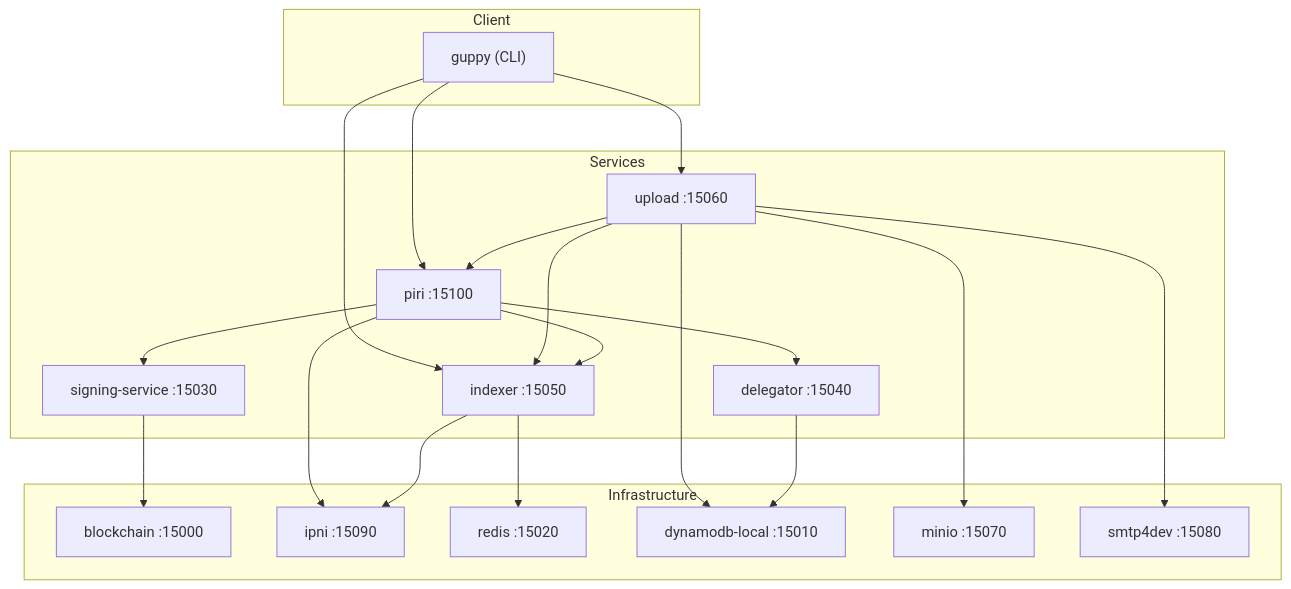
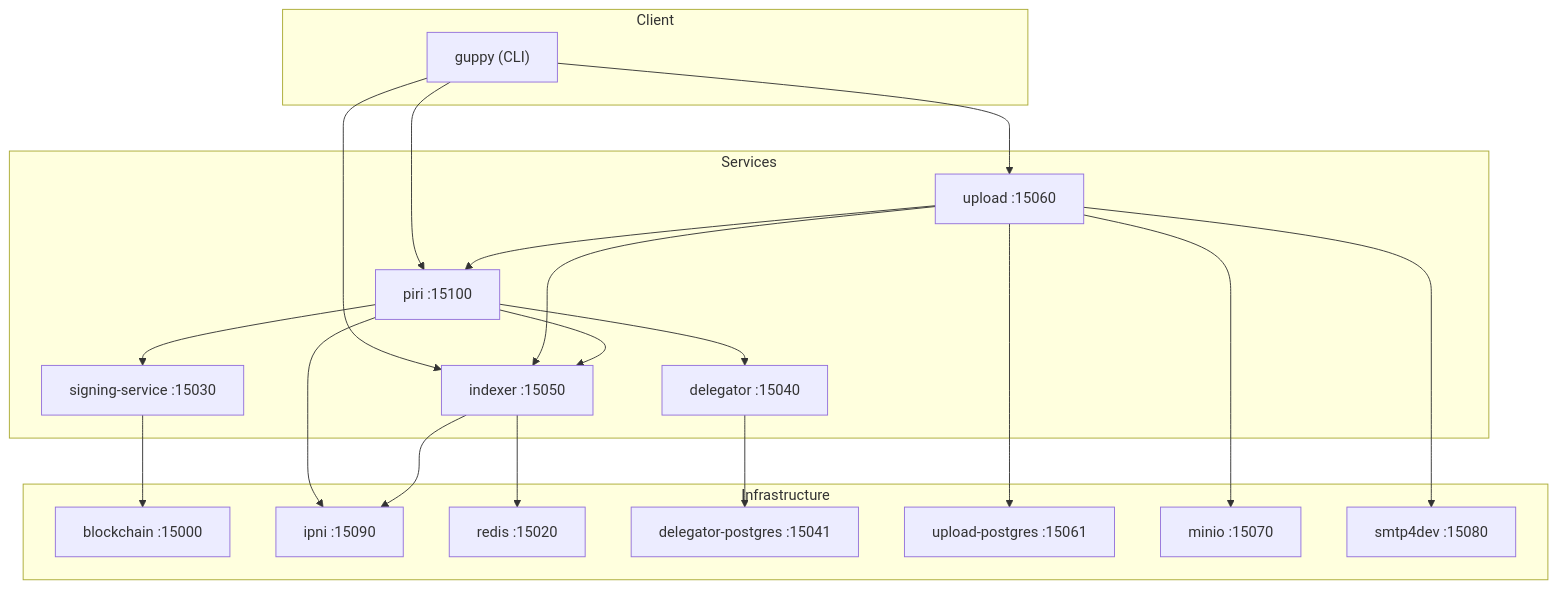
Before and after one commit to fil-forge/smelt: the diagram in README.md, drawn with Mermaid. The commit also changed other lines of this file and 58 other files, not shown here.

First line of the commit message:
sc-1123 feat(delegator): keep state in Postgres (#90)

````diff
--- a/README.md
+++ b/README.md
@@ -96,43 +96,44 @@
 ```mermaid
 flowchart TB
     subgraph Client
         guppy["guppy (CLI)"]
     end
 
     subgraph Services
         upload["upload :15060"]
         piri["piri :15100"]
         indexer["indexer :15050"]
         signing["signing-service :15030"]
         delegator["delegator :15040"]
     end
 
     subgraph Infrastructure
         blockchain["blockchain :15000"]
         ipni["ipni :15090"]
         redis["redis :15020"]
-        dynamodb["dynamodb-local :15010"]
+        delegator_pg["delegator-postgres :15041"]
+        upload_pg["upload-postgres :15061"]
         minio["minio :15070"]
         email["smtp4dev :15080"]
     end
 
     guppy --> upload
     guppy --> piri
     guppy --> indexer
 
     upload --> piri
     upload --> indexer
     upload --> minio
-    upload --> dynamodb
+    upload --> upload_pg
     upload --> email
 
     piri --> signing
     piri --> ipni
     piri --> delegator
     piri --> indexer
     signing --> blockchain
 
-    delegator --> dynamodb
+    delegator --> delegator_pg
     indexer --> redis
     indexer --> ipni
 ```
````
